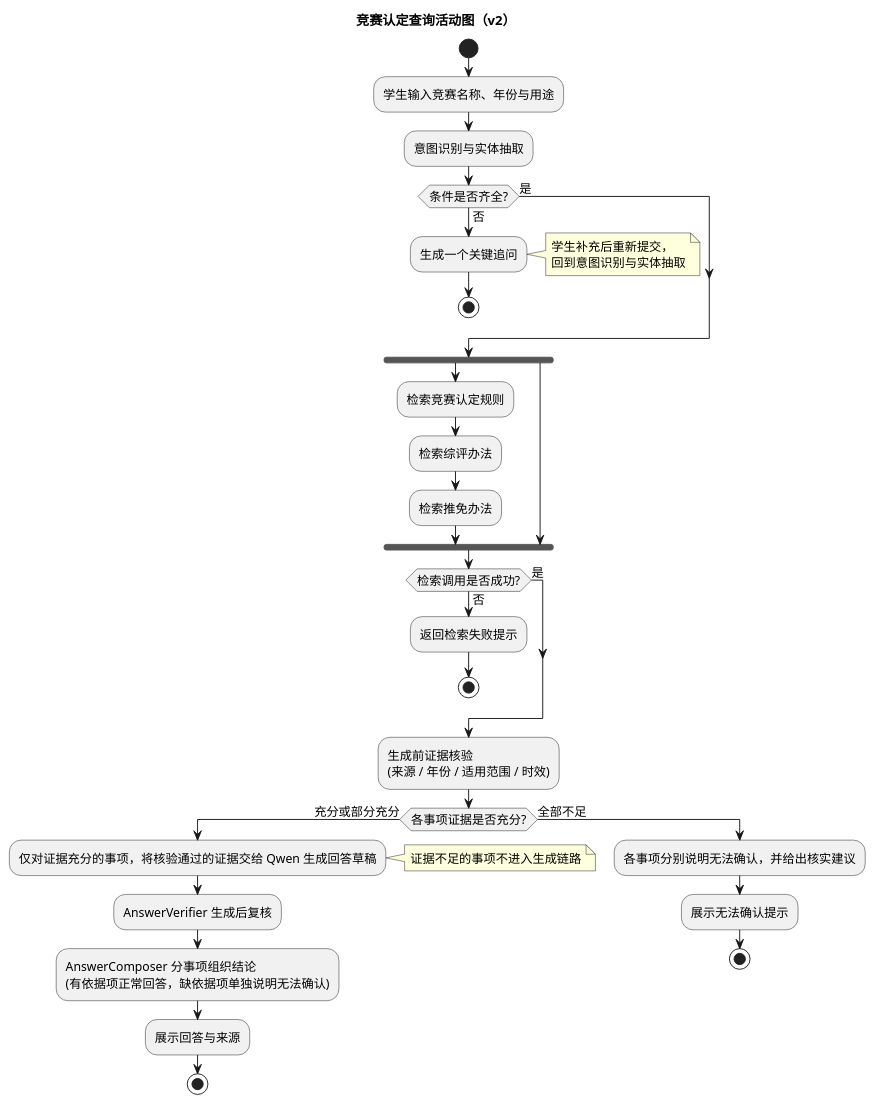
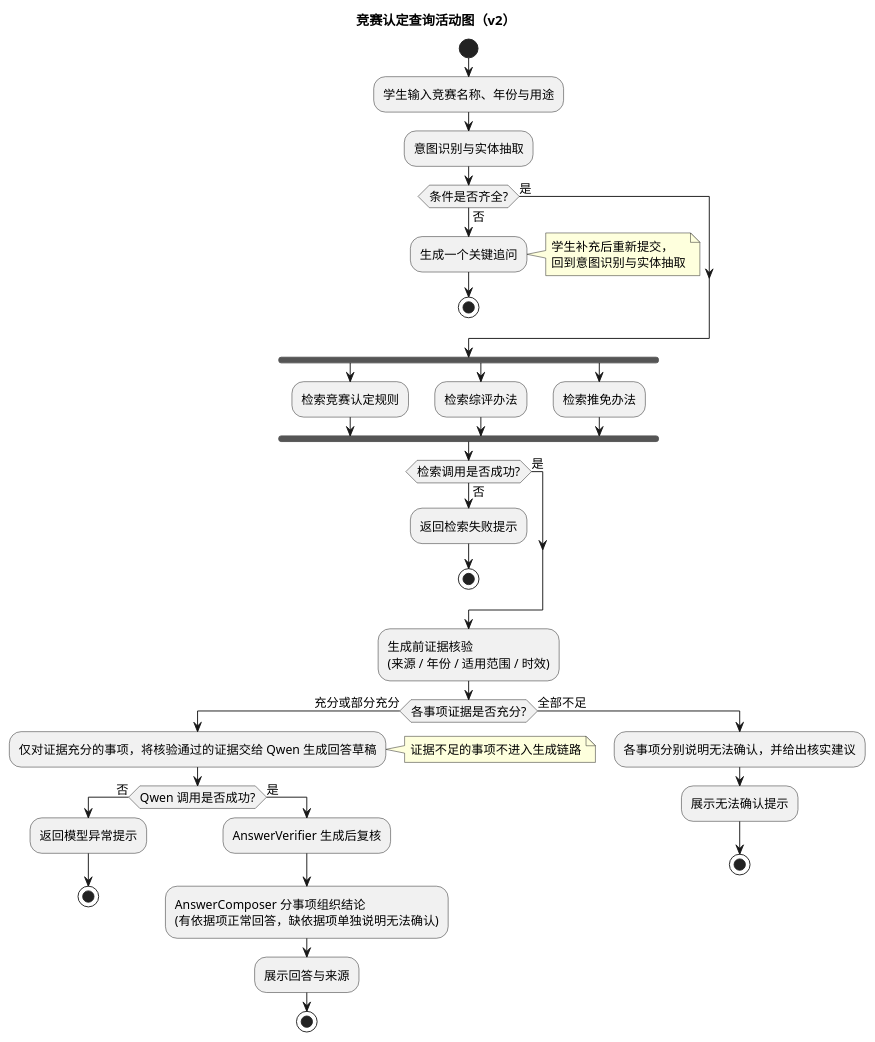
One commit to yz-Yezi-Genm/CodeMind-FZU changed the diagram in docs/assignment-02/system-design/diagrams/uml/activity/竞赛认定查询活动图_v2.puml. Above: the diagram before and after it, drawn with PlantUML. The commit also changed 22 other files, not shown here.

```diff
--- a/docs/assignment-02/system-design/diagrams/uml/activity/竞赛认定查询活动图_v2.puml
+++ b/docs/assignment-02/system-design/diagrams/uml/activity/竞赛认定查询活动图_v2.puml
@@ -1,45 +1,51 @@
 @startuml
 skinparam defaultFontName "Microsoft YaHei"
 skinparam defaultFontSize 13
 skinparam nodesep 26
 skinparam ranksep 30
 title 竞赛认定查询活动图（v2）
 
 start
 :学生输入竞赛名称、年份与用途;
 :意图识别与实体抽取;
 if (条件是否齐全?) then (否)
   :生成一个关键追问;
   note right
     学生补充后重新提交，
     回到意图识别与实体抽取
   end note
   stop
 else (是)
 endif
 fork
   :检索竞赛认定规则;
+fork again
   :检索综评办法;
+fork again
   :检索推免办法;
-fork again
 end fork
 if (检索调用是否成功?) then (否)
   :返回检索失败提示;
   stop
 else (是)
 endif
 :生成前证据核验\n(来源 / 年份 / 适用范围 / 时效);
 if (各事项证据是否充分?) then (充分或部分充分)
   :仅对证据充分的事项，将核验通过的证据交给 Qwen 生成回答草稿;
   note right: 证据不足的事项不进入生成链路
-  :AnswerVerifier 生成后复核;
-  :AnswerComposer 分事项组织结论\n(有依据项正常回答，缺依据项单独说明无法确认);
-  :展示回答与来源;
-  stop
+  if (Qwen 调用是否成功?) then (否)
+    :返回模型异常提示;
+    stop
+  else (是)
+    :AnswerVerifier 生成后复核;
+    :AnswerComposer 分事项组织结论\n(有依据项正常回答，缺依据项单独说明无法确认);
+    :展示回答与来源;
+    stop
+  endif
 else (全部不足)
   :各事项分别说明无法确认，并给出核实建议;
   :展示无法确认提示;
   stop
 endif
 
 @enduml
```
